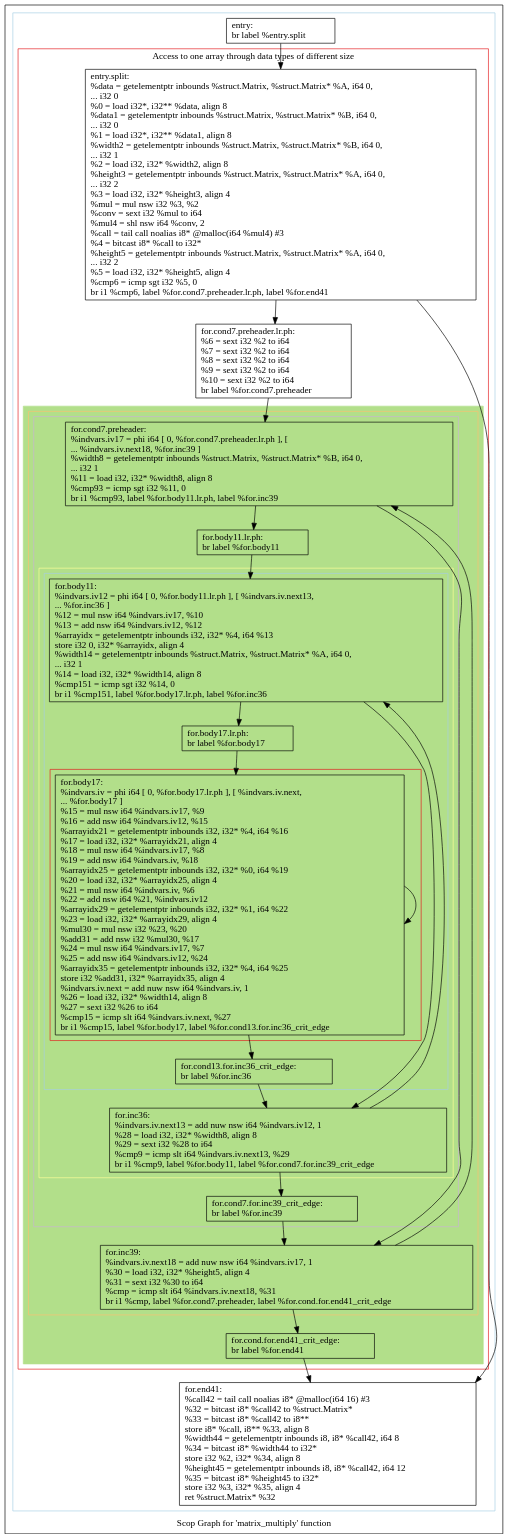
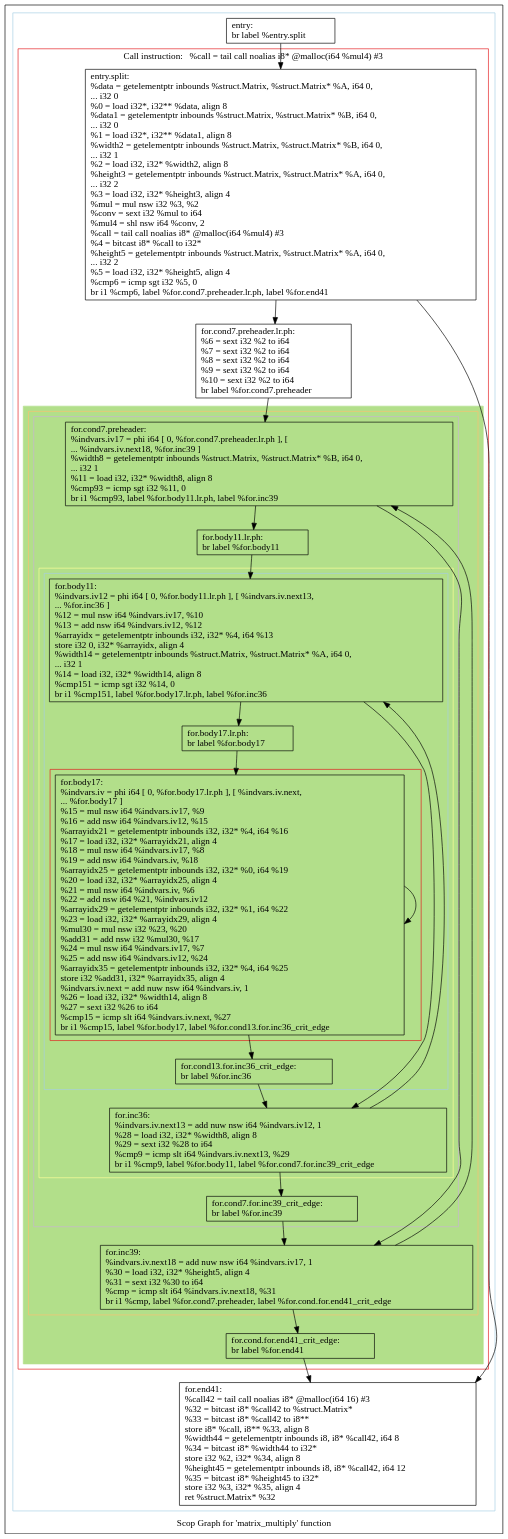
Before and after one commit to samminweng/WhileyOpenCL: the diagram in polly/MatrixMult/impl/handwritten2/dot/scops.matrix_multiply.dot, drawn with Graphviz. The commit also changed 44 other files, not shown here.

```diff
--- a/polly/MatrixMult/impl/handwritten2/dot/scops.matrix_multiply.dot
+++ b/polly/MatrixMult/impl/handwritten2/dot/scops.matrix_multiply.dot
@@ -1,91 +1,91 @@
 digraph "Scop Graph for 'matrix_multiply' function" {
 	label="Scop Graph for 'matrix_multiply' function";
 
-	Node0x57bcc10 [shape=record,label="{entry:\l  br label %entry.split\l}"];
-	Node0x57bcc10 -> Node0x57aad70;
-	Node0x57aad70 [shape=record,label="{entry.split:                                      \l  %data = getelementptr inbounds %struct.Matrix, %struct.Matrix* %A, i64 0,\l... i32 0\l  %0 = load i32*, i32** %data, align 8\l  %data1 = getelementptr inbounds %struct.Matrix, %struct.Matrix* %B, i64 0,\l... i32 0\l  %1 = load i32*, i32** %data1, align 8\l  %width2 = getelementptr inbounds %struct.Matrix, %struct.Matrix* %B, i64 0,\l... i32 1\l  %2 = load i32, i32* %width2, align 8\l  %height3 = getelementptr inbounds %struct.Matrix, %struct.Matrix* %A, i64 0,\l... i32 2\l  %3 = load i32, i32* %height3, align 4\l  %mul = mul nsw i32 %3, %2\l  %conv = sext i32 %mul to i64\l  %mul4 = shl nsw i64 %conv, 2\l  %call = tail call noalias i8* @malloc(i64 %mul4) #3\l  %4 = bitcast i8* %call to i32*\l  %height5 = getelementptr inbounds %struct.Matrix, %struct.Matrix* %A, i64 0,\l... i32 2\l  %5 = load i32, i32* %height5, align 4\l  %cmp6 = icmp sgt i32 %5, 0\l  br i1 %cmp6, label %for.cond7.preheader.lr.ph, label %for.end41\l}"];
-	Node0x57aad70 -> Node0x57b77d0;
-	Node0x57aad70 -> Node0x57b77f0;
-	Node0x57b77d0 [shape=record,label="{for.cond7.preheader.lr.ph:                        \l  %6 = sext i32 %2 to i64\l  %7 = sext i32 %2 to i64\l  %8 = sext i32 %2 to i64\l  %9 = sext i32 %2 to i64\l  %10 = sext i32 %2 to i64\l  br label %for.cond7.preheader\l}"];
-	Node0x57b77d0 -> Node0x57b4d40;
-	Node0x57b4d40 [shape=record,label="{for.cond7.preheader:                              \l  %indvars.iv17 = phi i64 [ 0, %for.cond7.preheader.lr.ph ], [\l... %indvars.iv.next18, %for.inc39 ]\l  %width8 = getelementptr inbounds %struct.Matrix, %struct.Matrix* %B, i64 0,\l... i32 1\l  %11 = load i32, i32* %width8, align 8\l  %cmp93 = icmp sgt i32 %11, 0\l  br i1 %cmp93, label %for.body11.lr.ph, label %for.inc39\l}"];
-	Node0x57b4d40 -> Node0x57bc6c0;
-	Node0x57b4d40 -> Node0x57b4d60;
-	Node0x57bc6c0 [shape=record,label="{for.body11.lr.ph:                                 \l  br label %for.body11\l}"];
-	Node0x57bc6c0 -> Node0x57bcd80;
-	Node0x57bcd80 [shape=record,label="{for.body11:                                       \l  %indvars.iv12 = phi i64 [ 0, %for.body11.lr.ph ], [ %indvars.iv.next13,\l... %for.inc36 ]\l  %12 = mul nsw i64 %indvars.iv17, %10\l  %13 = add nsw i64 %indvars.iv12, %12\l  %arrayidx = getelementptr inbounds i32, i32* %4, i64 %13\l  store i32 0, i32* %arrayidx, align 4\l  %width14 = getelementptr inbounds %struct.Matrix, %struct.Matrix* %A, i64 0,\l... i32 1\l  %14 = load i32, i32* %width14, align 8\l  %cmp151 = icmp sgt i32 %14, 0\l  br i1 %cmp151, label %for.body17.lr.ph, label %for.inc36\l}"];
-	Node0x57bcd80 -> Node0x57bcb80;
-	Node0x57bcd80 -> Node0x57ba2b0;
-	Node0x57bcb80 [shape=record,label="{for.body17.lr.ph:                                 \l  br label %for.body17\l}"];
-	Node0x57bcb80 -> Node0x57ba360;
-	Node0x57ba360 [shape=record,label="{for.body17:                                       \l  %indvars.iv = phi i64 [ 0, %for.body17.lr.ph ], [ %indvars.iv.next,\l... %for.body17 ]\l  %15 = mul nsw i64 %indvars.iv17, %9\l  %16 = add nsw i64 %indvars.iv12, %15\l  %arrayidx21 = getelementptr inbounds i32, i32* %4, i64 %16\l  %17 = load i32, i32* %arrayidx21, align 4\l  %18 = mul nsw i64 %indvars.iv17, %8\l  %19 = add nsw i64 %indvars.iv, %18\l  %arrayidx25 = getelementptr inbounds i32, i32* %0, i64 %19\l  %20 = load i32, i32* %arrayidx25, align 4\l  %21 = mul nsw i64 %indvars.iv, %6\l  %22 = add nsw i64 %21, %indvars.iv12\l  %arrayidx29 = getelementptr inbounds i32, i32* %1, i64 %22\l  %23 = load i32, i32* %arrayidx29, align 4\l  %mul30 = mul nsw i32 %23, %20\l  %add31 = add nsw i32 %mul30, %17\l  %24 = mul nsw i64 %indvars.iv17, %7\l  %25 = add nsw i64 %indvars.iv12, %24\l  %arrayidx35 = getelementptr inbounds i32, i32* %4, i64 %25\l  store i32 %add31, i32* %arrayidx35, align 4\l  %indvars.iv.next = add nuw nsw i64 %indvars.iv, 1\l  %26 = load i32, i32* %width14, align 8\l  %27 = sext i32 %26 to i64\l  %cmp15 = icmp slt i64 %indvars.iv.next, %27\l  br i1 %cmp15, label %for.body17, label %for.cond13.for.inc36_crit_edge\l}"];
-	Node0x57ba360 -> Node0x57ba360[constraint=false];
-	Node0x57ba360 -> Node0x57ba2d0;
-	Node0x57ba2d0 [shape=record,label="{for.cond13.for.inc36_crit_edge:                   \l  br label %for.inc36\l}"];
-	Node0x57ba2d0 -> Node0x57ba2b0;
-	Node0x57ba2b0 [shape=record,label="{for.inc36:                                        \l  %indvars.iv.next13 = add nuw nsw i64 %indvars.iv12, 1\l  %28 = load i32, i32* %width8, align 8\l  %29 = sext i32 %28 to i64\l  %cmp9 = icmp slt i64 %indvars.iv.next13, %29\l  br i1 %cmp9, label %for.body11, label %for.cond7.for.inc39_crit_edge\l}"];
-	Node0x57ba2b0 -> Node0x57bcd80[constraint=false];
-	Node0x57ba2b0 -> Node0x57b4890;
-	Node0x57b4890 [shape=record,label="{for.cond7.for.inc39_crit_edge:                    \l  br label %for.inc39\l}"];
-	Node0x57b4890 -> Node0x57b4d60;
-	Node0x57b4d60 [shape=record,label="{for.inc39:                                        \l  %indvars.iv.next18 = add nuw nsw i64 %indvars.iv17, 1\l  %30 = load i32, i32* %height5, align 4\l  %31 = sext i32 %30 to i64\l  %cmp = icmp slt i64 %indvars.iv.next18, %31\l  br i1 %cmp, label %for.cond7.preheader, label %for.cond.for.end41_crit_edge\l}"];
-	Node0x57b4d60 -> Node0x57b4d40[constraint=false];
-	Node0x57b4d60 -> Node0x57b48f0;
-	Node0x57b48f0 [shape=record,label="{for.cond.for.end41_crit_edge:                     \l  br label %for.end41\l}"];
-	Node0x57b48f0 -> Node0x57b77f0;
-	Node0x57b77f0 [shape=record,label="{for.end41:                                        \l  %call42 = tail call noalias i8* @malloc(i64 16) #3\l  %32 = bitcast i8* %call42 to %struct.Matrix*\l  %33 = bitcast i8* %call42 to i8**\l  store i8* %call, i8** %33, align 8\l  %width44 = getelementptr inbounds i8, i8* %call42, i64 8\l  %34 = bitcast i8* %width44 to i32*\l  store i32 %2, i32* %34, align 8\l  %height45 = getelementptr inbounds i8, i8* %call42, i64 12\l  %35 = bitcast i8* %height45 to i32*\l  store i32 %3, i32* %35, align 4\l  ret %struct.Matrix* %32\l}"];
+	Node0x5082840 [shape=record,label="{entry:\l  br label %entry.split\l}"];
+	Node0x5082840 -> Node0x50699f0;
+	Node0x50699f0 [shape=record,label="{entry.split:                                      \l  %data = getelementptr inbounds %struct.Matrix, %struct.Matrix* %A, i64 0,\l... i32 0\l  %0 = load i32*, i32** %data, align 8\l  %data1 = getelementptr inbounds %struct.Matrix, %struct.Matrix* %B, i64 0,\l... i32 0\l  %1 = load i32*, i32** %data1, align 8\l  %width2 = getelementptr inbounds %struct.Matrix, %struct.Matrix* %B, i64 0,\l... i32 1\l  %2 = load i32, i32* %width2, align 8\l  %height3 = getelementptr inbounds %struct.Matrix, %struct.Matrix* %A, i64 0,\l... i32 2\l  %3 = load i32, i32* %height3, align 4\l  %mul = mul nsw i32 %3, %2\l  %conv = sext i32 %mul to i64\l  %mul4 = shl nsw i64 %conv, 2\l  %call = tail call noalias i8* @malloc(i64 %mul4) #3\l  %4 = bitcast i8* %call to i32*\l  %height5 = getelementptr inbounds %struct.Matrix, %struct.Matrix* %A, i64 0,\l... i32 2\l  %5 = load i32, i32* %height5, align 4\l  %cmp6 = icmp sgt i32 %5, 0\l  br i1 %cmp6, label %for.cond7.preheader.lr.ph, label %for.end41\l}"];
+	Node0x50699f0 -> Node0x5078520;
+	Node0x50699f0 -> Node0x5081f70;
+	Node0x5078520 [shape=record,label="{for.cond7.preheader.lr.ph:                        \l  %6 = sext i32 %2 to i64\l  %7 = sext i32 %2 to i64\l  %8 = sext i32 %2 to i64\l  %9 = sext i32 %2 to i64\l  %10 = sext i32 %2 to i64\l  br label %for.cond7.preheader\l}"];
+	Node0x5078520 -> Node0x5081f90;
+	Node0x5081f90 [shape=record,label="{for.cond7.preheader:                              \l  %indvars.iv17 = phi i64 [ 0, %for.cond7.preheader.lr.ph ], [\l... %indvars.iv.next18, %for.inc39 ]\l  %width8 = getelementptr inbounds %struct.Matrix, %struct.Matrix* %B, i64 0,\l... i32 1\l  %11 = load i32, i32* %width8, align 8\l  %cmp93 = icmp sgt i32 %11, 0\l  br i1 %cmp93, label %for.body11.lr.ph, label %for.inc39\l}"];
+	Node0x5081f90 -> Node0x5082910;
+	Node0x5081f90 -> Node0x507fa00;
+	Node0x5082910 [shape=record,label="{for.body11.lr.ph:                                 \l  br label %for.body11\l}"];
+	Node0x5082910 -> Node0x50828f0;
+	Node0x50828f0 [shape=record,label="{for.body11:                                       \l  %indvars.iv12 = phi i64 [ 0, %for.body11.lr.ph ], [ %indvars.iv.next13,\l... %for.inc36 ]\l  %12 = mul nsw i64 %indvars.iv17, %10\l  %13 = add nsw i64 %indvars.iv12, %12\l  %arrayidx = getelementptr inbounds i32, i32* %4, i64 %13\l  store i32 0, i32* %arrayidx, align 4\l  %width14 = getelementptr inbounds %struct.Matrix, %struct.Matrix* %A, i64 0,\l... i32 1\l  %14 = load i32, i32* %width14, align 8\l  %cmp151 = icmp sgt i32 %14, 0\l  br i1 %cmp151, label %for.body17.lr.ph, label %for.inc36\l}"];
+	Node0x50828f0 -> Node0x5081ab0;
+	Node0x50828f0 -> Node0x5081ad0;
+	Node0x5081ab0 [shape=record,label="{for.body17.lr.ph:                                 \l  br label %for.body17\l}"];
+	Node0x5081ab0 -> Node0x507f4e0;
+	Node0x507f4e0 [shape=record,label="{for.body17:                                       \l  %indvars.iv = phi i64 [ 0, %for.body17.lr.ph ], [ %indvars.iv.next,\l... %for.body17 ]\l  %15 = mul nsw i64 %indvars.iv17, %9\l  %16 = add nsw i64 %indvars.iv12, %15\l  %arrayidx21 = getelementptr inbounds i32, i32* %4, i64 %16\l  %17 = load i32, i32* %arrayidx21, align 4\l  %18 = mul nsw i64 %indvars.iv17, %8\l  %19 = add nsw i64 %indvars.iv, %18\l  %arrayidx25 = getelementptr inbounds i32, i32* %0, i64 %19\l  %20 = load i32, i32* %arrayidx25, align 4\l  %21 = mul nsw i64 %indvars.iv, %6\l  %22 = add nsw i64 %21, %indvars.iv12\l  %arrayidx29 = getelementptr inbounds i32, i32* %1, i64 %22\l  %23 = load i32, i32* %arrayidx29, align 4\l  %mul30 = mul nsw i32 %23, %20\l  %add31 = add nsw i32 %mul30, %17\l  %24 = mul nsw i64 %indvars.iv17, %7\l  %25 = add nsw i64 %indvars.iv12, %24\l  %arrayidx35 = getelementptr inbounds i32, i32* %4, i64 %25\l  store i32 %add31, i32* %arrayidx35, align 4\l  %indvars.iv.next = add nuw nsw i64 %indvars.iv, 1\l  %26 = load i32, i32* %width14, align 8\l  %27 = sext i32 %26 to i64\l  %cmp15 = icmp slt i64 %indvars.iv.next, %27\l  br i1 %cmp15, label %for.body17, label %for.cond13.for.inc36_crit_edge\l}"];
+	Node0x507f4e0 -> Node0x507f4e0[constraint=false];
+	Node0x507f4e0 -> Node0x50828c0;
+	Node0x50828c0 [shape=record,label="{for.cond13.for.inc36_crit_edge:                   \l  br label %for.inc36\l}"];
+	Node0x50828c0 -> Node0x5081ad0;
+	Node0x5081ad0 [shape=record,label="{for.inc36:                                        \l  %indvars.iv.next13 = add nuw nsw i64 %indvars.iv12, 1\l  %28 = load i32, i32* %width8, align 8\l  %29 = sext i32 %28 to i64\l  %cmp9 = icmp slt i64 %indvars.iv.next13, %29\l  br i1 %cmp9, label %for.body11, label %for.cond7.for.inc39_crit_edge\l}"];
+	Node0x5081ad0 -> Node0x50828f0[constraint=false];
+	Node0x5081ad0 -> Node0x5078600;
+	Node0x5078600 [shape=record,label="{for.cond7.for.inc39_crit_edge:                    \l  br label %for.inc39\l}"];
+	Node0x5078600 -> Node0x507fa00;
+	Node0x507fa00 [shape=record,label="{for.inc39:                                        \l  %indvars.iv.next18 = add nuw nsw i64 %indvars.iv17, 1\l  %30 = load i32, i32* %height5, align 4\l  %31 = sext i32 %30 to i64\l  %cmp = icmp slt i64 %indvars.iv.next18, %31\l  br i1 %cmp, label %for.cond7.preheader, label %for.cond.for.end41_crit_edge\l}"];
+	Node0x507fa00 -> Node0x5081f90[constraint=false];
+	Node0x507fa00 -> Node0x5078010;
+	Node0x5078010 [shape=record,label="{for.cond.for.end41_crit_edge:                     \l  br label %for.end41\l}"];
+	Node0x5078010 -> Node0x5081f70;
+	Node0x5081f70 [shape=record,label="{for.end41:                                        \l  %call42 = tail call noalias i8* @malloc(i64 16) #3\l  %32 = bitcast i8* %call42 to %struct.Matrix*\l  %33 = bitcast i8* %call42 to i8**\l  store i8* %call, i8** %33, align 8\l  %width44 = getelementptr inbounds i8, i8* %call42, i64 8\l  %34 = bitcast i8* %width44 to i32*\l  store i32 %2, i32* %34, align 8\l  %height45 = getelementptr inbounds i8, i8* %call42, i64 12\l  %35 = bitcast i8* %height45 to i32*\l  store i32 %3, i32* %35, align 4\l  ret %struct.Matrix* %32\l}"];
 	colorscheme = "paired12"
-        subgraph cluster_0x57ab0f0 {
+        subgraph cluster_0x5069e20 {
           label = "";
           style = solid;
           color = 1
-          subgraph cluster_0x57b3440 {
-            label = "Access to one array through data types of different size";
+          subgraph cluster_0x5076be0 {
+            label = "Call instruction:   %call = tail call noalias i8* @malloc(i64 %mul4) #3";
             style = solid;
             color = 6
-            subgraph cluster_0x57bc490 {
+            subgraph cluster_0x5081ef0 {
               label = "";
               style = filled;
-              color = 3              subgraph cluster_0x57b33c0 {
+              color = 3              subgraph cluster_0x5076b60 {
                 label = "";
                 style = solid;
                 color = 7
-                subgraph cluster_0x57b3340 {
+                subgraph cluster_0x5076ae0 {
                   label = "";
                   style = solid;
                   color = 9
-                  subgraph cluster_0x57b32c0 {
+                  subgraph cluster_0x5076a60 {
                     label = "";
                     style = solid;
                     color = 11
-                    subgraph cluster_0x57b3240 {
+                    subgraph cluster_0x5069b30 {
                       label = "";
                       style = solid;
                       color = 1
-                      subgraph cluster_0x57b31c0 {
+                      subgraph cluster_0x5069ab0 {
                         label = "";
                         style = solid;
                         color = 6
-                        Node0x57ba360;
+                        Node0x507f4e0;
                       }
-                      Node0x57bcd80;
-                      Node0x57bcb80;
-                      Node0x57ba2d0;
+                      Node0x50828f0;
+                      Node0x5081ab0;
+                      Node0x50828c0;
                     }
-                    Node0x57ba2b0;
+                    Node0x5081ad0;
                   }
-                  Node0x57b4d40;
-                  Node0x57bc6c0;
-                  Node0x57b4890;
+                  Node0x5081f90;
+                  Node0x5082910;
+                  Node0x5078600;
                 }
-                Node0x57b4d60;
+                Node0x507fa00;
               }
-              Node0x57b48f0;
+              Node0x5078010;
             }
-            Node0x57aad70;
-            Node0x57b77d0;
+            Node0x50699f0;
+            Node0x5078520;
           }
-          Node0x57bcc10;
-          Node0x57b77f0;
+          Node0x5082840;
+          Node0x5081f70;
         }
 }
```
